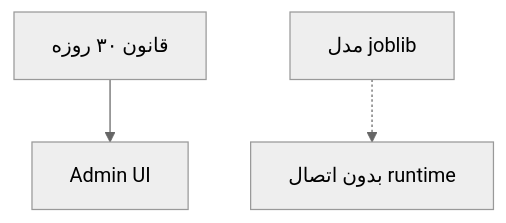
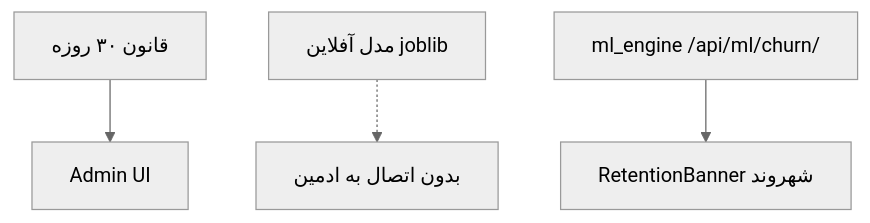
One commit to rozhrafiee/ctlg changed the seventh of 10 diagrams in docs/thesis/09_REFERENCES_AND_APPENDIX_FA.md. Above: the diagram before and after it, drawn with Mermaid (neutral theme). The commit also changed 10 other files, not shown here.

Commit message:
Align thesis docs with live ml_engine and dual churn tracks.

````diff
--- a/docs/thesis/09_REFERENCES_AND_APPENDIX_FA.md
+++ b/docs/thesis/09_REFERENCES_AND_APPENDIX_FA.md
@@ -123,5 +123,6 @@
 ```mermaid
 flowchart TD
   R[قانون ۳۰ روزه] --> UI[Admin UI]
-  M[مدل joblib] -.-> X[بدون اتصال runtime]
+  M[مدل آفلاین joblib] -.-> X[بدون اتصال به ادمین]
+  L[ml_engine /api/ml/churn/] --> C[RetentionBanner شهروند]
 ```
````
